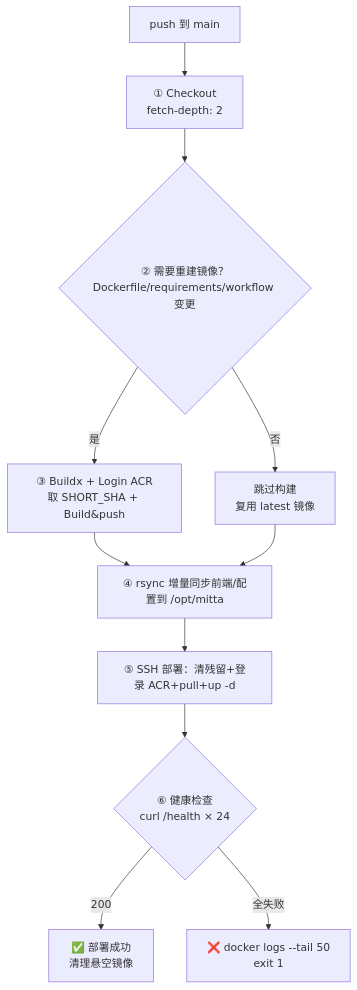
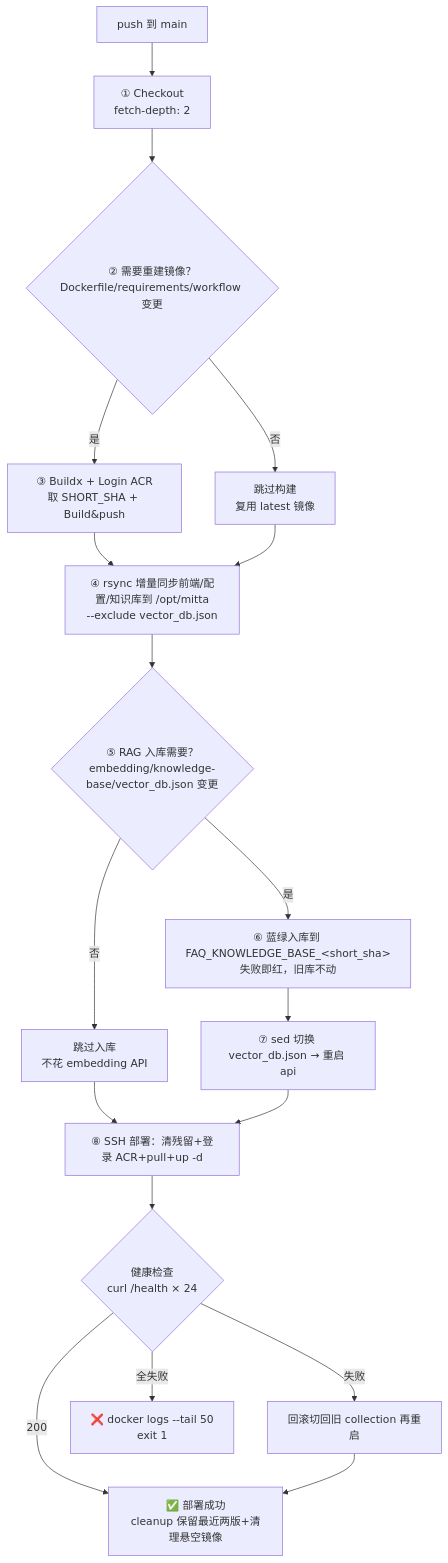
The diagram in README.md (Q1anyii/Mitta), drawn with Mermaid before and after one commit. The commit also changed other lines of this file and 1 other file, not shown here.

Commit message:
docs: 同步 RAG 入库蓝绿切换 CI 至 README（触发检测/双 collection 蓝绿/自动回滚/cleanup --keep/rsync exclude）

````diff
--- a/README.md
+++ b/README.md
@@ -694,14 +698,21 @@
 ```mermaid
 flowchart TD
     PUSH[push 到 main] --> CHECK[① Checkout<br/>fetch-depth: 2]
     CHECK --> DETECT{② 需要重建镜像？<br/>Dockerfile/requirements/workflow 变更}
     DETECT -->|是| BUILD[③ Buildx + Login ACR<br/>取 SHORT_SHA + Build&push]
     DETECT -->|否| SKIP[跳过构建<br/>复用 latest 镜像]
     BUILD --> RSYNC
     SKIP --> RSYNC
-    RSYNC[④ rsync 增量同步前端/配置到 /opt/mitta]
-    RSYNC --> SSH[⑤ SSH 部署：清残留+登录 ACR+pull+up -d]
-    SSH --> HEALTH{⑥ 健康检查<br/>curl /health × 24}
-    HEALTH -->|200| OK[✅ 部署成功<br/>清理悬空镜像]
+    RSYNC[④ rsync 增量同步前端/配置/知识库到 /opt/mitta<br/>--exclude vector_db.json]
+    RSYNC --> INGEST{⑤ RAG 入库需要？<br/>embedding/knowledge-base/vector_db.json 变更}
+    INGEST -->|是| BLUE[⑥ 蓝绿入库到 FAQ_KNOWLEDGE_BASE_&lt;short_sha&gt;<br/>失败即红，旧库不动]
+    INGEST -->|否| SKIPI[跳过入库<br/>不花 embedding API]
+    BLUE --> SWITCH[⑦ sed 切换 vector_db.json → 重启 api]
+    SKIPI --> SSH
+    SWITCH --> SSH[⑧ SSH 部署：清残留+登录 ACR+pull+up -d]
+    SSH --> HEALTH{健康检查<br/>curl /health × 24}
+    HEALTH -->|200| OK[✅ 部署成功<br/>cleanup 保留最近两版+清理悬空镜像]
+    HEALTH -->|失败| ROLLBACK[回滚切回旧 collection 再重启]
+    ROLLBACK --> OK
     HEALTH -->|全失败| FAIL[❌ docker logs --tail 50<br/>exit 1]
 ```
````
